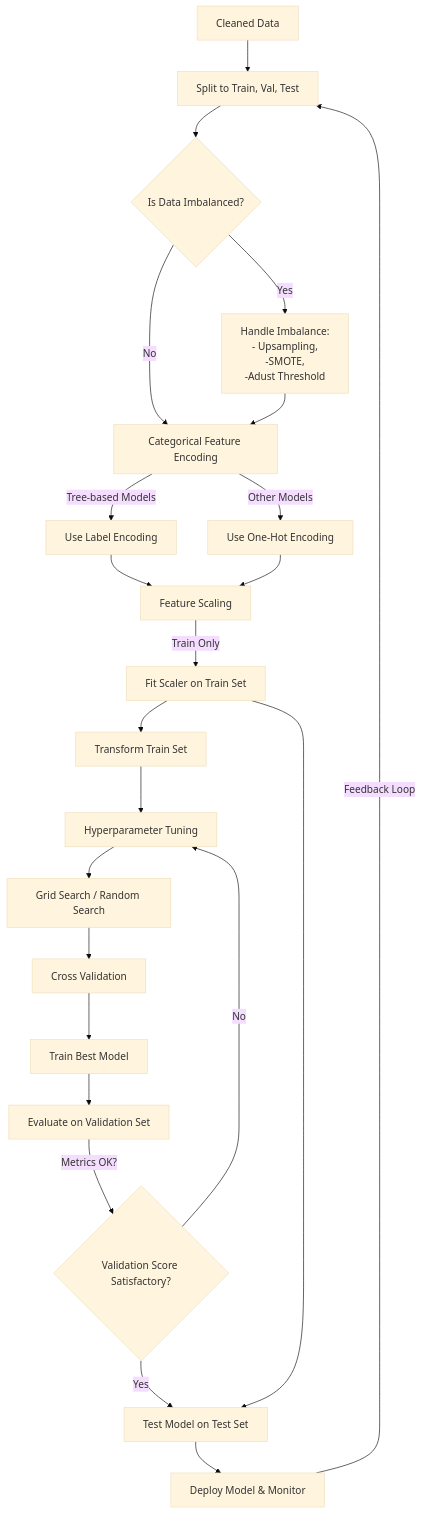
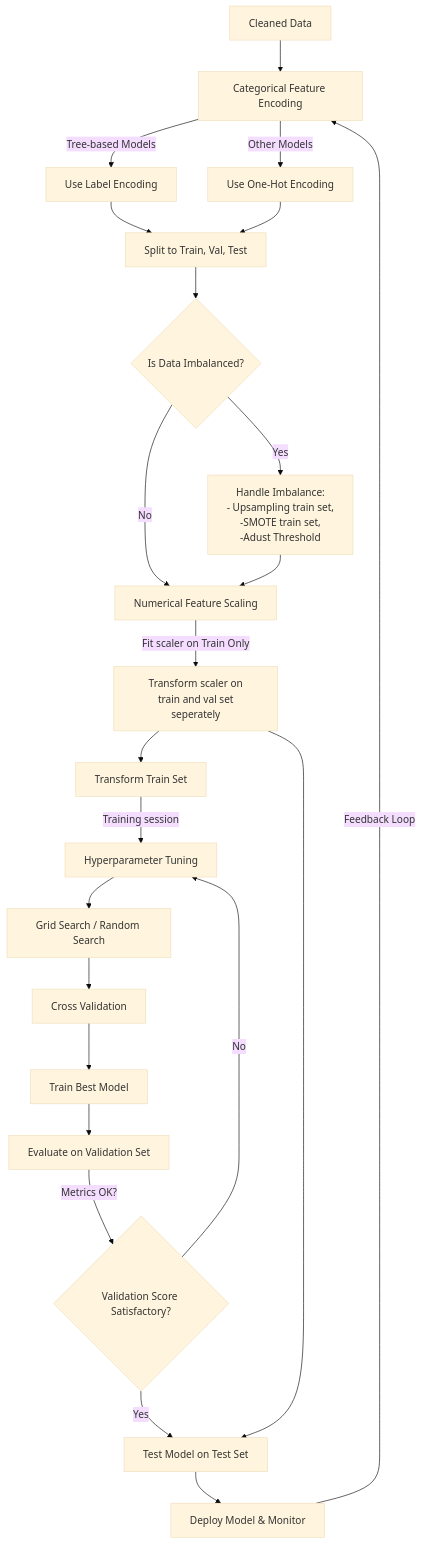
The second of 2 diagrams in README.md (stemgene/faq-of-ds-at-tripleten), drawn with Mermaid (base theme) before and after one commit.

````diff
--- a/README.md
+++ b/README.md
@@ -175,37 +175,34 @@
 ```mermaid
 graph TD;
-    A[Cleaned Data] --> B[Split to Train, Val, Test];
-    B --> C{Is Data Imbalanced?};  
-    C -->|No| D[Feature Encoding];
-    C -->|Yes| C1[Handle Imbalance:<br> - Upsampling,<br> -SMOTE,<br> -Adust Threshold];
+    A[Cleaned Data] --> B[Categorical Feature Encoding];
+    B --> |Tree-based Models| B1[Use Label Encoding];
+    B -->|Other Models| B2[Use One-Hot Encoding];
+    B1 --> C[Split to Train, Val, Test];
+    B2 --> C[Split to Train, Val, Test];
+    C --> D{Is Data Imbalanced?};  
+    D -->|No| E[Numerical Feature Scaling];
+    D -->|Yes| D1[Handle Imbalance:<br> - Upsampling train set,<br> -SMOTE train set,<br> -Adust Threshold];
 
-    C1 --> D[Categorical Feature Encoding];
+    D1 --> E[Numerical Feature Scaling];
 
-    D --> |Tree-based Models| D1[Use Label Encoding];
-    D -->|Other Models| D2[Use One-Hot Encoding];
-
-
-    D1 --> E[Feature Scaling];
-    D2 --> E[Feature Scaling];
-    E -->|Train Only| E1[Fit Scaler on Train Set];
+    E -->|Fit scaler on Train Only| E1[Transform scaler on<br> train and val set seperately];
     E1 --> E2[Transform Train Set];
     
-
-    E2 --> F[Hyperparameter Tuning];
+    E2 --> |Training session| F[Hyperparameter Tuning];
     F --> F1[Grid Search / Random Search];
     F1 --> F2[Cross Validation];
     F2 --> G[Train Best Model];
 
 
     
     G --> H[Evaluate on Validation Set];
     H -->|Metrics OK?| I{Validation Score Satisfactory?};
     I -->|No| F  
     I -->|Yes| J[Final Model Selection];
     E1 --> J[Test Model on Test Set];
     J --> K[Deploy Model & Monitor];
 
     K -->|Feedback Loop| B;
 
 
 ```
````
